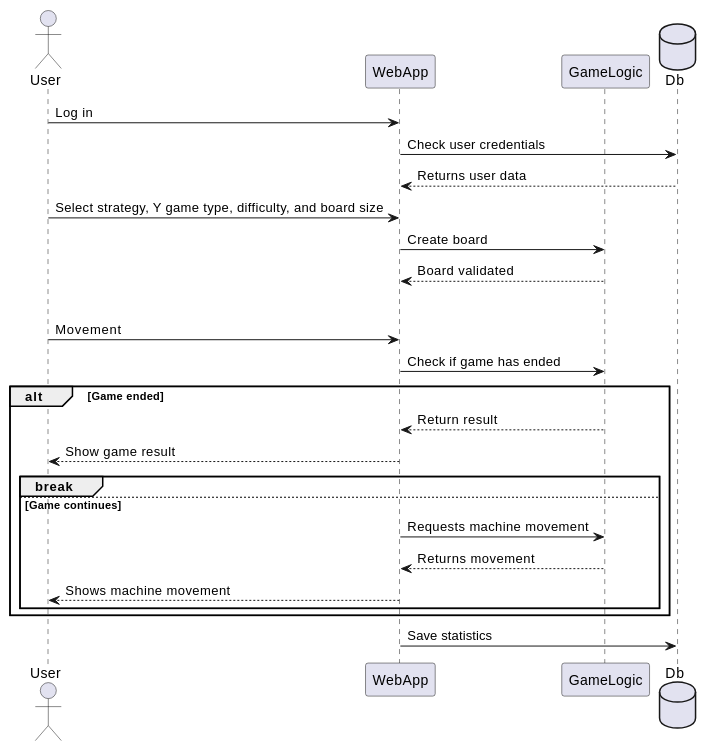
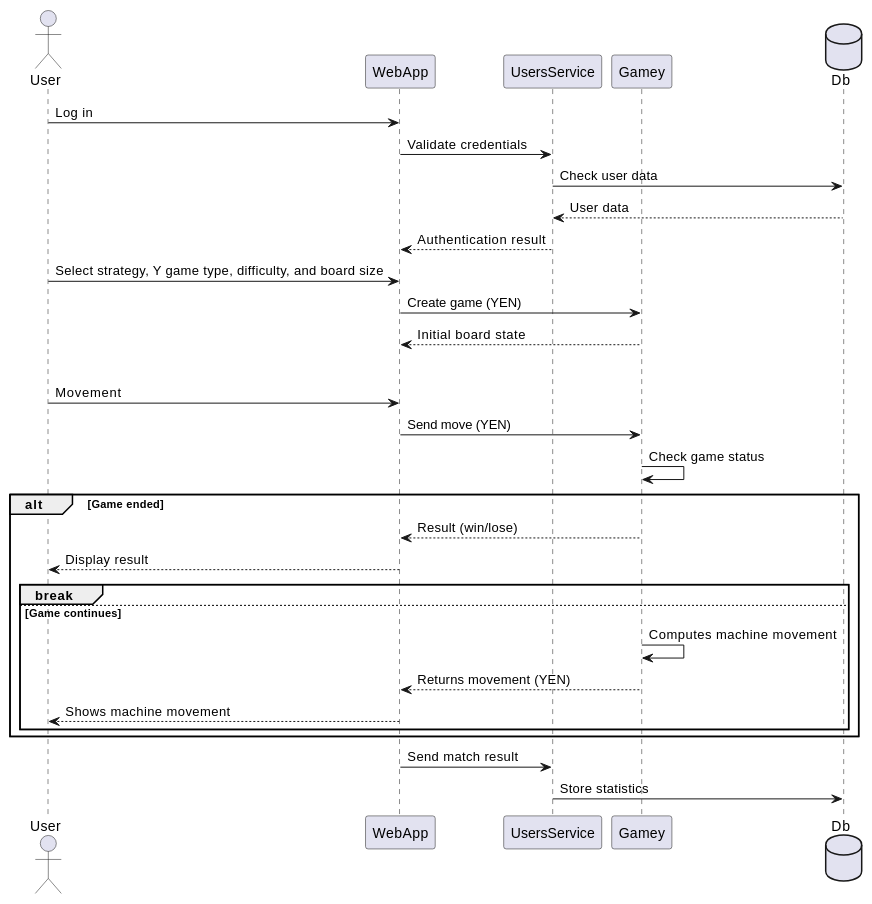
Before and after one commit to Arquisoft/yovi_es1a: the first of 3 diagrams in docs/src/06_runtime_view.adoc, drawn with PlantUML. The commit also changed other lines of this file, not shown here.

```diff
--- a/docs/src/06_runtime_view.adoc
+++ b/docs/src/06_runtime_view.adoc
@@ -48,30 +48,41 @@
 [plantuml]
 ----
 @startuml
 actor User
 participant WebApp
-participant GameLogic
+participant UsersService
+participant Gamey
 database Db
 
+
+
 User -> WebApp: Log in
-WebApp -> Db: Check user credentials
-Db --> WebApp: Returns user data
+WebApp -> UsersService: Validate credentials
+UsersService -> Db: Check user data
+Db --> UsersService: User data
+UsersService --> WebApp: Authentication result
 User -> WebApp: Select strategy, Y game type, difficulty, and board size
-WebApp -> GameLogic: Create board
-GameLogic --> WebApp: Board validated
-loop
+WebApp -> Gamey: Create game (YEN)
+Gamey --> WebApp: Initial board state
+
+loop Game loop
     User -> WebApp: Movement
-    WebApp -> GameLogic: Check if game has ended
+    WebApp -> Gamey: Send move (YEN)
+    Gamey -> Gamey: Check game status
+
     alt Game ended
-        GameLogic --> WebApp: Return result
-        WebApp --> User: Show game result
+        Gamey --> WebApp: Result (win/lose)
+        WebApp --> User: Display result
         break
     else Game continues
-        WebApp -> GameLogic: Requests machine movement
-        GameLogic --> WebApp: Returns movement
+        Gamey -> Gamey: Computes machine movement
+        Gamey --> WebApp: Returns movement (YEN)
         WebApp --> User: Shows machine movement
     end
 end
-WebApp -> Db: Save statistics
+
+WebApp -> UsersService: Send match result
+UsersService -> Db: Store statistics
+
 @enduml
 ----
```
